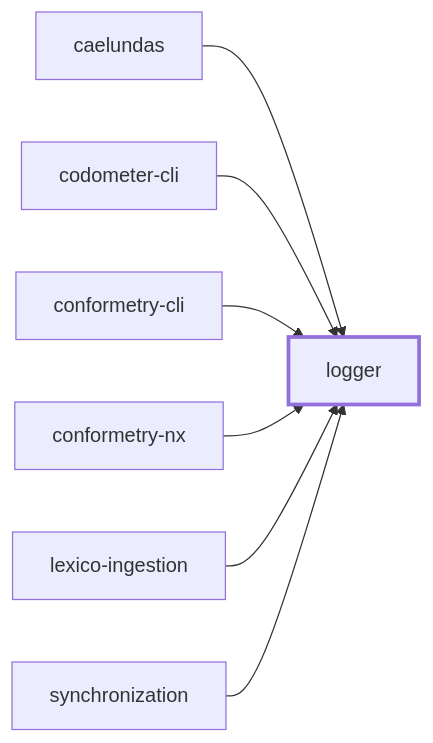
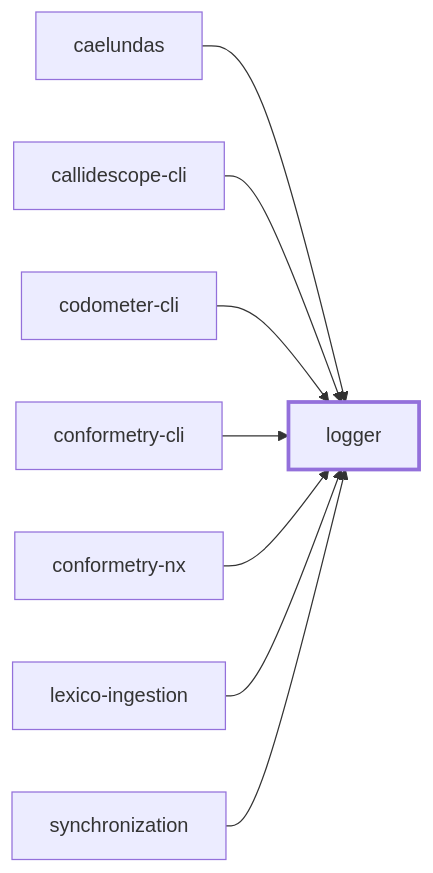
The first of 2 diagrams in packages/logger/README.md (JimmyPaolini/codebase), drawn with Mermaid before and after one commit. The commit also changed other lines of this file and 189 other files, not shown here.

````diff
--- a/packages/logger/README.md
+++ b/packages/logger/README.md
@@ -77,18 +77,20 @@
 ```mermaid
 flowchart LR
   caelundas["caelundas"]
+  callidescope_cli["callidescope-cli"]
   codometer_cli["codometer-cli"]
   conformetry_cli["conformetry-cli"]
   conformetry_nx["conformetry-nx"]
   lexico_ingestion["lexico-ingestion"]
   logger["logger"]
   synchronization["synchronization"]
   caelundas --> logger
+  callidescope_cli --> logger
   codometer_cli --> logger
   conformetry_cli --> logger
   conformetry_nx --> logger
   lexico_ingestion --> logger
   synchronization --> logger
   classDef subject stroke-width:3px
   class logger subject
 ```
````
